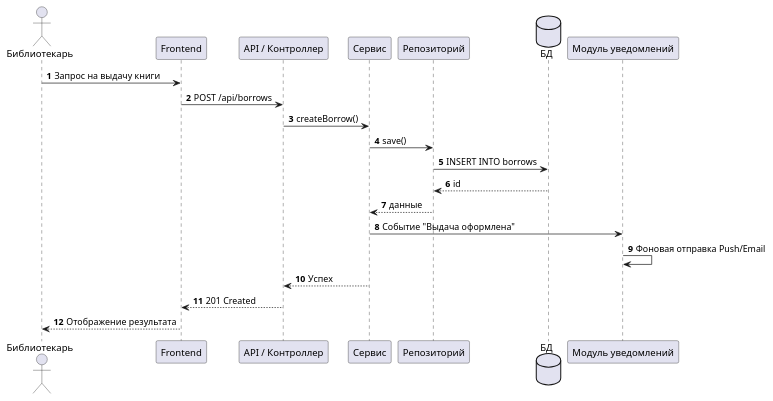
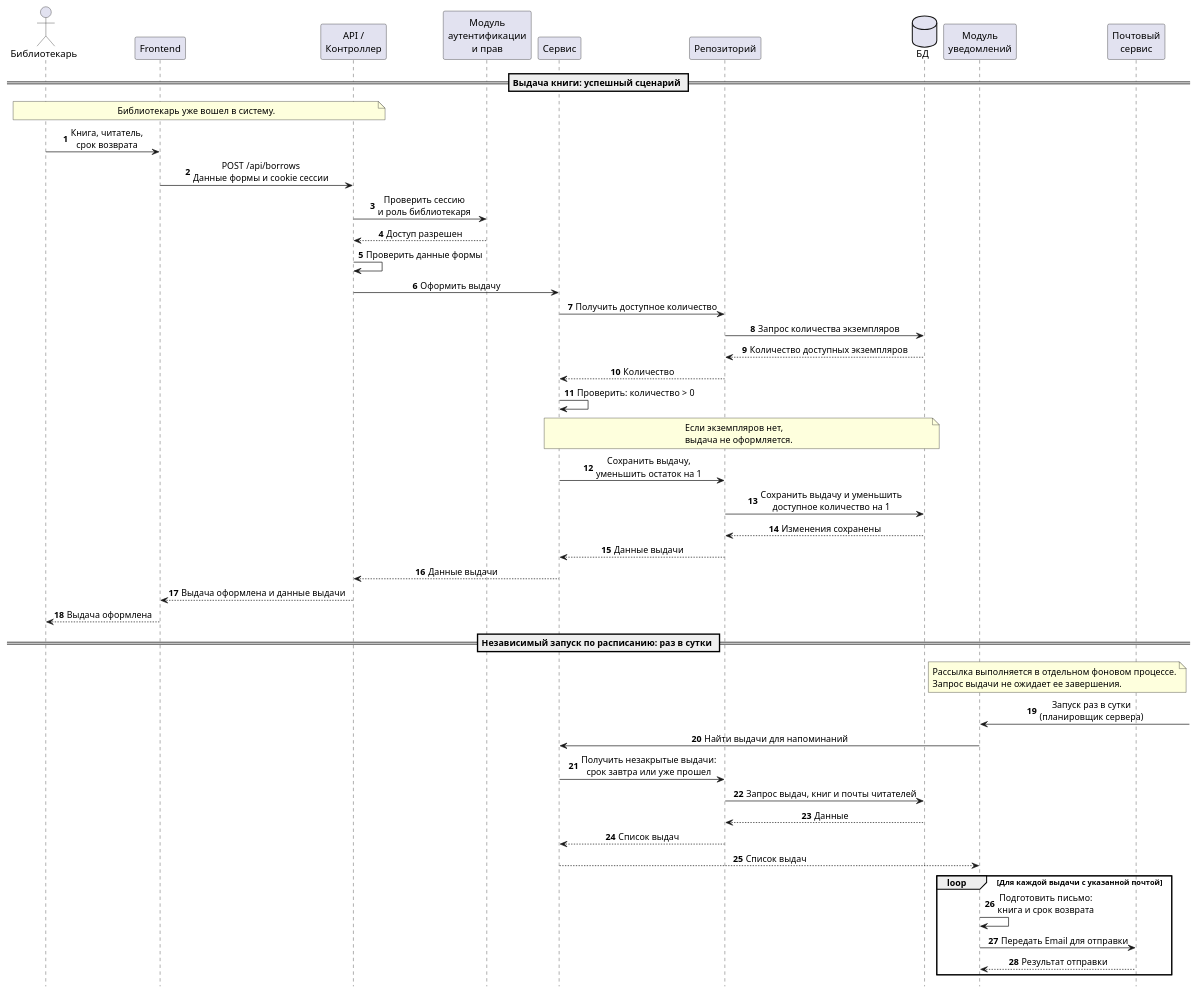
One commit to triple-alex/isit-lab changed the diagram in lab3/diagrams/sequence.puml. Above: the diagram before and after it, drawn with PlantUML. The commit also changed 4 other files, not shown here.

Commit message:
Lab 3: architecture and diagrams

```diff
--- a/lab3/diagrams/sequence.puml
+++ b/lab3/diagrams/sequence.puml
@@ -1,23 +1,68 @@
 @startuml
 autonumber
+hide footbox
+skinparam shadowing false
+skinparam sequenceMessageAlign center
+
 actor "Библиотекарь" as User
 participant "Frontend" as FE
-participant "API / Контроллер" as API
+participant "API /\nКонтроллер" as API
+participant "Модуль\nаутентификации\nи прав" as Auth
 participant "Сервис" as Service
 participant "Репозиторий" as Repo
 database "БД" as DB
-participant "Модуль уведомлений" as Notify
+participant "Модуль\nуведомлений" as Notify
+participant "Почтовый\nсервис" as Mail
 
-User -> FE : Запрос на выдачу книги
-FE -> API : POST /api/borrows
-API -> Service : createBorrow()
-Service -> Repo : save()
-Repo -> DB : INSERT INTO borrows
-DB --> Repo : id
-Repo --> Service : данные
-Service -> Notify : Событие "Выдача оформлена"
-Notify -> Notify : Фоновая отправка Push/Email
-Service --> API : Успех
-API --> FE : 201 Created
-FE --> User : Отображение результата
+== Выдача книги: успешный сценарий ==
+
+note over User, API
+  Библиотекарь уже вошел в систему.
+end note
+
+User -> FE : Книга, читатель,\nсрок возврата
+FE -> API : POST /api/borrows\nДанные формы и cookie сессии
+API -> Auth : Проверить сессию\nи роль библиотекаря
+Auth --> API : Доступ разрешен
+API -> API : Проверить данные формы
+API -> Service : Оформить выдачу
+Service -> Repo : Получить доступное количество
+Repo -> DB : Запрос количества экземпляров
+DB --> Repo : Количество доступных экземпляров
+Repo --> Service : Количество
+Service -> Service : Проверить: количество > 0
+
+note over Service, DB
+  Если экземпляров нет,
+  выдача не оформляется.
+end note
+
+Service -> Repo : Сохранить выдачу,\nуменьшить остаток на 1
+Repo -> DB : Сохранить выдачу и уменьшить\nдоступное количество на 1
+DB --> Repo : Изменения сохранены
+Repo --> Service : Данные выдачи
+Service --> API : Данные выдачи
+API --> FE : Выдача оформлена и данные выдачи
+FE --> User : Выдача оформлена
+
+== Независимый запуск по расписанию: раз в сутки ==
+
+note over Notify, Mail
+  Рассылка выполняется в отдельном фоновом процессе.
+  Запрос выдачи не ожидает ее завершения.
+end note
+
+Notify <-] : Запуск раз в сутки\n(планировщик сервера)
+Notify -> Service : Найти выдачи для напоминаний
+Service -> Repo : Получить незакрытые выдачи:\nсрок завтра или уже прошел
+Repo -> DB : Запрос выдач, книг и почты читателей
+DB --> Repo : Данные
+Repo --> Service : Список выдач
+Service --> Notify : Список выдач
+
+loop Для каждой выдачи с указанной почтой
+  Notify -> Notify : Подготовить письмо:\nкнига и срок возврата
+  Notify -> Mail : Передать Email для отправки
+  Mail --> Notify : Результат отправки
+end
 @enduml
```
